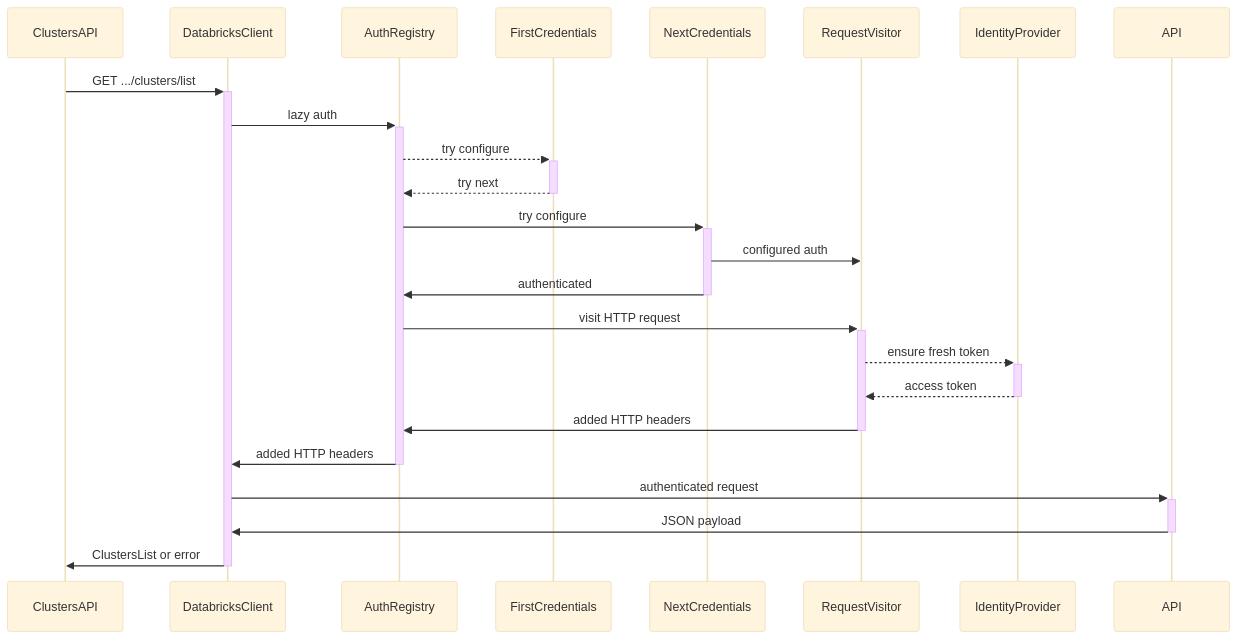
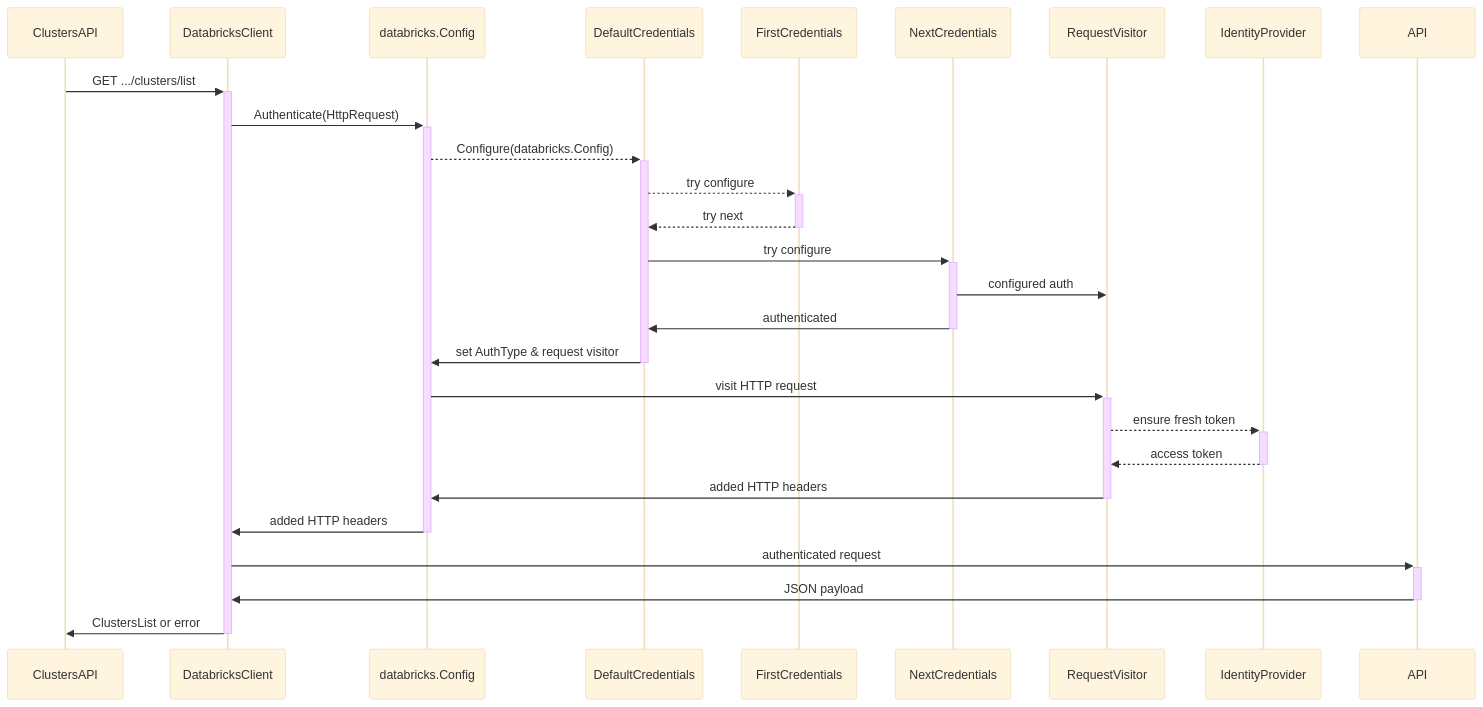
One commit to databricks/databricks-sdk-go changed the first of 2 diagrams in README.md. Above: the diagram before and after it, drawn with Mermaid (base theme). The commit also changed other lines of this file and 2 other files, not shown here.

Commit message:
Updated high level diagrams

````diff
--- a/README.md
+++ b/README.md
@@ -8,19 +8,24 @@
 ```mermaid
 sequenceDiagram
     ClustersAPI->>+DatabricksClient: GET .../clusters/list
-    DatabricksClient->>+AuthRegistry: lazy auth
-    AuthRegistry-->>+FirstCredentials: try configure
-    FirstCredentials-->>-AuthRegistry: try next
-    AuthRegistry->>+NextCredentials: try configure
+    DatabricksClient->>+databricks.Config: Authenticate(HttpRequest)
+
+    databricks.Config-->>+DefaultCredentials: Configure(databricks.Config)
+    DefaultCredentials-->>+FirstCredentials: try configure
+    FirstCredentials-->>-DefaultCredentials: try next
+    DefaultCredentials->>+NextCredentials: try configure
     NextCredentials->>RequestVisitor: configured auth
-    NextCredentials->>-AuthRegistry: authenticated
-    AuthRegistry->>+RequestVisitor: visit HTTP request
+    NextCredentials->>-DefaultCredentials: authenticated
+    DefaultCredentials->>-databricks.Config: set AuthType & request visitor
+
+    databricks.Config->>+RequestVisitor: visit HTTP request
     RequestVisitor-->>+IdentityProvider: ensure fresh token
     IdentityProvider-->>-RequestVisitor: access token
-    RequestVisitor->>-AuthRegistry: added HTTP headers
-    AuthRegistry->>-DatabricksClient: added HTTP headers
+    RequestVisitor->>-databricks.Config: added HTTP headers
+    
+    databricks.Config->>-DatabricksClient: added HTTP headers
 
     DatabricksClient->>+API: authenticated request
     API->>-DatabricksClient: JSON payload
     DatabricksClient->>-ClustersAPI: ClustersList or error
 ```
````
